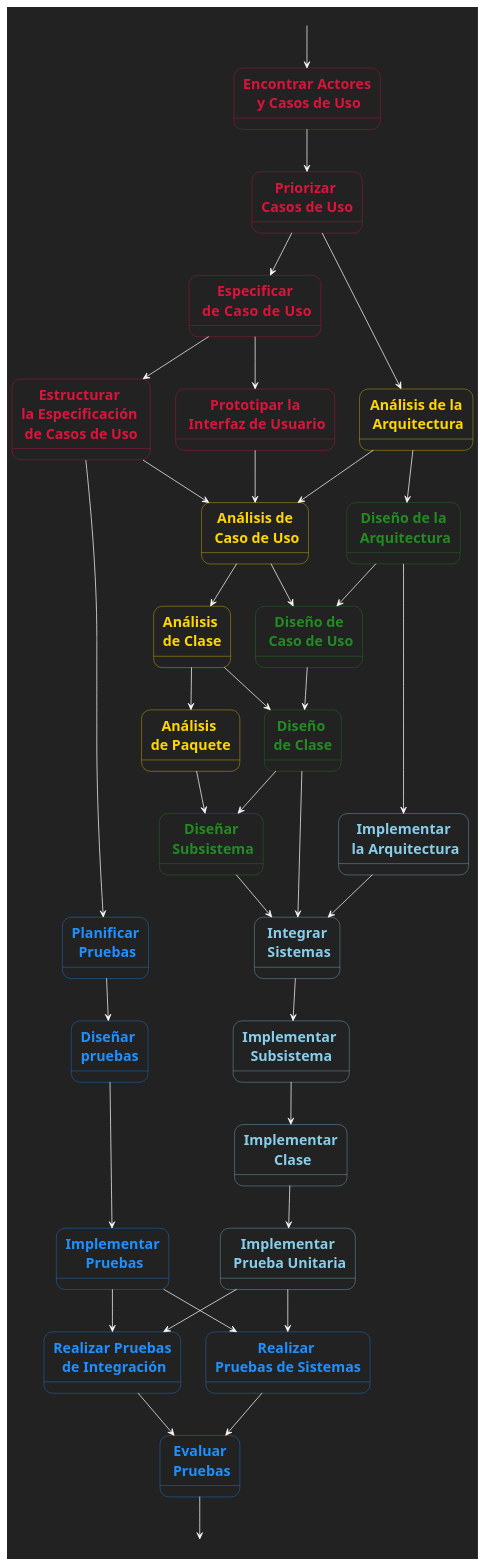
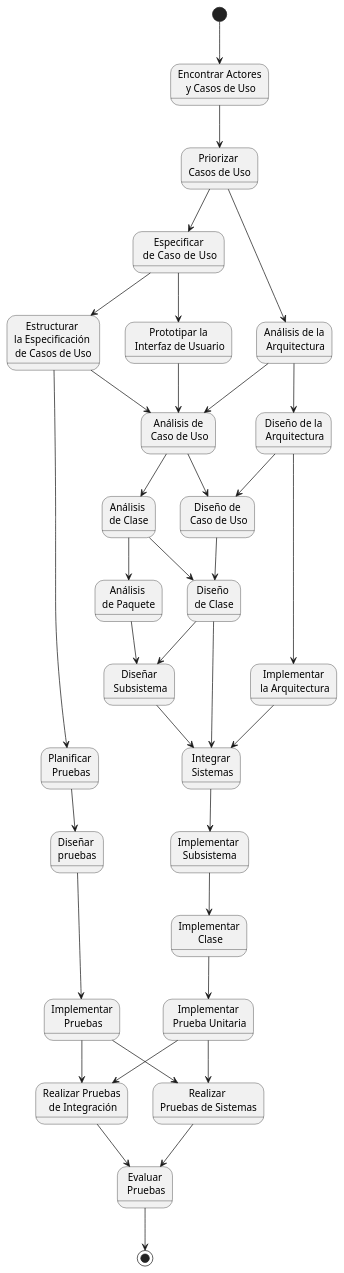
One commit to mmasias/IdSw1 changed the diagram in modelosUML/RUPdisciplinas.puml. Above: the diagram before and after it, drawn with PlantUML. The commit also changed 6 other files, not shown here.

```diff
--- a/modelosUML/RUPdisciplinas.puml
+++ b/modelosUML/RUPdisciplinas.puml
@@ -1,92 +1,64 @@
 ' Autor: Prof. Luis Fernandez
 
-skinparam ActivityBarColor #White
-skinparam titleBackgroundColor #222222
-skinparam shadowing false
-skinparam backgroundColor #222222
-skinparam padding 3
-skinparam StateStartColor #White
-skinparam StateEndColor #White
 hide stereotype
-skinparam state {
-    fontColor #White
-    fontColor<<a>> #DC143C
-    fontColor<<b>> #FFD700
-    fontColor<<c>> #228B22
-    fontColor<<d>> #87ceeb
-    fontColor<<e>> #1E90FF
-    fontStyle bold
-    arrowColor #White
-    backgroundColor #222222
-    borderColor #White
-    borderColor<<a>> #DC143C
-    borderColor<<b>> #FFD700
-    borderColor<<c>> #228B22
-    borderColor<<d>> #87ceeb
-    borderColor<<e>> #1E90FF
-    circleCharacterFontName #White
-    fontSize 20
-    DiamondBackgroundColor #White
-    DiamondBorderColor #White
-}
 
 [*] --> Encontrar
 state "Encontrar Actores\n y Casos de Uso" as Encontrar <<a>>
 state "Priorizar \nCasos de Uso" as Priorizar <<a>>
 state "Especificar\n de  Caso de Uso" as Especificar <<a>>
 state "Prototipar la\n Interfaz de Usuario" as Prototipar <<a>>
 state "Estructurar \nla Especificación \nde Casos de Uso" as Estructurar <<a>>
 state "Análisis de la\n Arquitectura" as Analisis <<b>>
 state "Análisis de\n Caso de Uso" as AnalisisCasoUso <<b>>
 state "Análisis \nde Clase" as AnalisisClase <<b>>
 state "Análisis \nde Paquete" as AnalisisPaquete <<b>>
 state "Diseño de la\n Arquitectura" as DiseñoArquitectura <<c>>
 state "Diseño de\n Caso de Uso" as DiseñoCasoUso <<c>>
 state "Diseño \nde Clase" as DiseñoClase <<c>>
 state "Diseñar\n Subsistema" as DiseñarSubsistema <<c>>
 state "Implementar\n la Arquitectura" as ImplementarArquitectura <<d>>
 state "Integrar\n Sistemas" as IntegrarSistemas <<d>>
 state "Implementar \nSubsistema" as ImplementarSubsistema <<d>>
 state "Implementar\n Clase" as ImplementarClase <<d>>
 state "Implementar\n Prueba Unitaria" as ImplementarPruebaUnitaria <<d>>
 state "Planificar\n Pruebas" as PlanificarPruebas <<e>>
 state "Diseñar \npruebas" as DiseñarPruebas <<e>>
 state "Implementar\n Pruebas" as ImplementarPruebas <<e>>
 state "Realizar Pruebas\n de Integración" as RealizarPruebasIntegracion <<e>>
 state "Realizar \nPruebas de Sistemas" as RealizarPruebasSistemas <<e>>
 state "Evaluar\n Pruebas" as EvaluarPruebas <<e>>
 
 Encontrar --> Priorizar
 Priorizar --> Especificar
 Especificar --> Prototipar
 Especificar --> Estructurar
 Priorizar --> Analisis
 Analisis --> AnalisisCasoUso
 Prototipar --> AnalisisCasoUso
 Estructurar --> AnalisisCasoUso
 Estructurar --> PlanificarPruebas
 Analisis --> DiseñoArquitectura
 DiseñoArquitectura --> DiseñoCasoUso
 AnalisisCasoUso --> DiseñoCasoUso
 AnalisisCasoUso --> AnalisisClase
 DiseñoCasoUso --> DiseñoClase
 AnalisisClase --> DiseñoClase
 AnalisisClase --> AnalisisPaquete
 DiseñoArquitectura --> ImplementarArquitectura
 ImplementarArquitectura --> IntegrarSistemas
 DiseñoClase --> DiseñarSubsistema
 DiseñoClase --> IntegrarSistemas
 AnalisisPaquete --> DiseñarSubsistema
 PlanificarPruebas --> DiseñarPruebas
 DiseñarSubsistema --> IntegrarSistemas
 IntegrarSistemas -->ImplementarSubsistema
 ImplementarSubsistema --> ImplementarClase
 ImplementarClase --> ImplementarPruebaUnitaria
 ImplementarPruebaUnitaria --> RealizarPruebasIntegracion
 ImplementarPruebaUnitaria --> RealizarPruebasSistemas
 DiseñarPruebas --> ImplementarPruebas
 ImplementarPruebas --> RealizarPruebasSistemas
 ImplementarPruebas --> RealizarPruebasIntegracion
 RealizarPruebasIntegracion --> EvaluarPruebas
 RealizarPruebasSistemas --> EvaluarPruebas
 EvaluarPruebas   --> [*]
```
